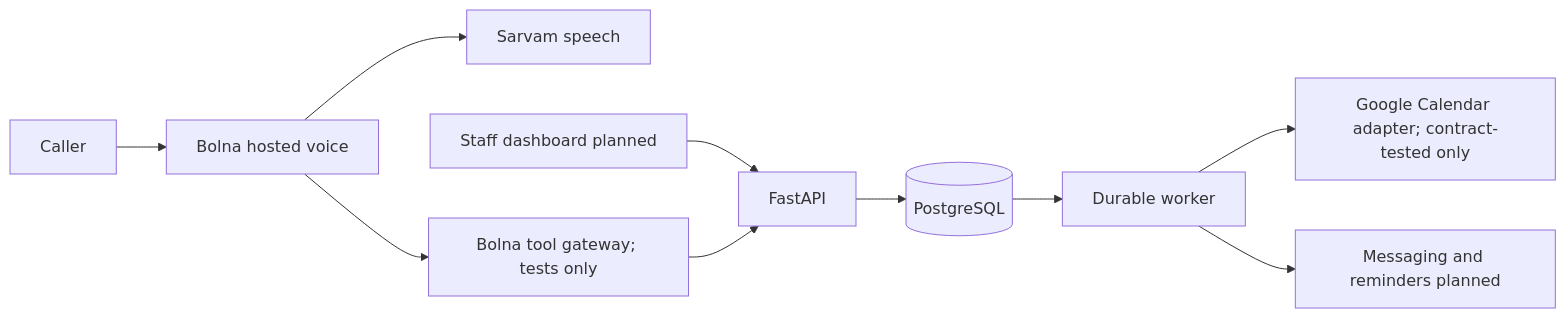
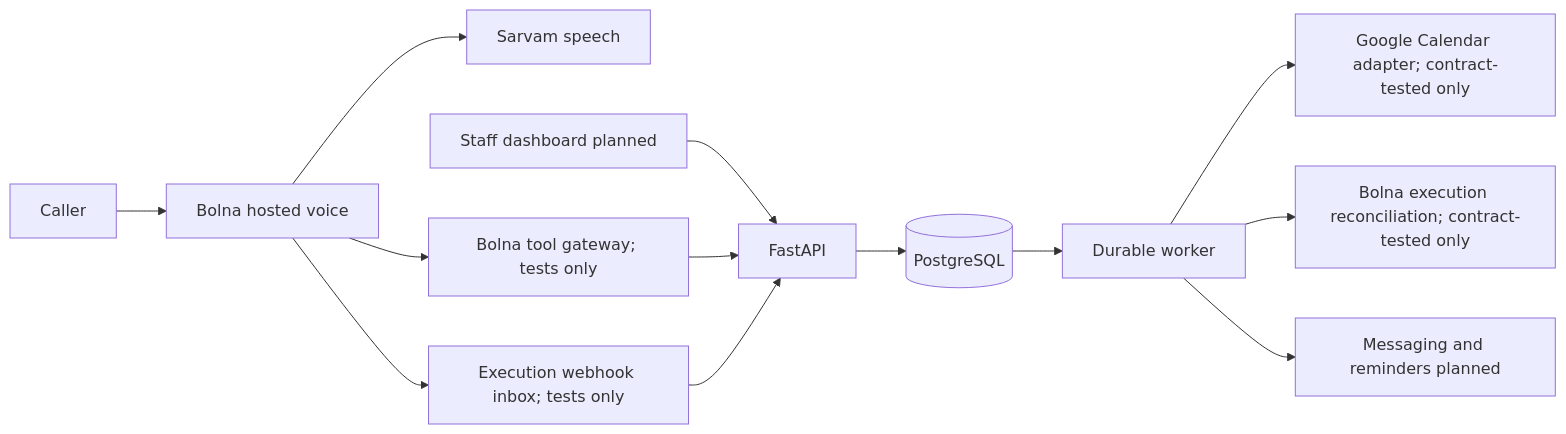
One commit to arsalannkhann/clinic-frontdesk changed the diagram in docs/ARCHITECTURE.md. Above: the diagram before and after it, drawn with Mermaid. The commit also changed other lines of this file and 24 other files, not shown here.

First line of the commit message:
Add Bolna webhook inbox and execution reconciliation (T8)

````diff
--- a/docs/ARCHITECTURE.md
+++ b/docs/ARCHITECTURE.md
@@ -5,12 +5,15 @@
 ```mermaid
 flowchart LR
   Caller --> Bolna[Bolna hosted voice]
   Bolna --> Speech[Sarvam speech]
   Bolna --> Gateway[Bolna tool gateway; tests only]
   Staff[Staff dashboard planned] --> API[FastAPI]
   Gateway --> API
+  Bolna --> Webhooks[Execution webhook inbox; tests only]
+  Webhooks --> API
   API --> DB[(PostgreSQL)]
   DB --> Worker[Durable worker]
   Worker --> Calendar[Google Calendar adapter; contract-tested only]
+  Worker --> Executions[Bolna execution reconciliation; contract-tested only]
   Worker --> Delivery[Messaging and reminders planned]
 ```
````
